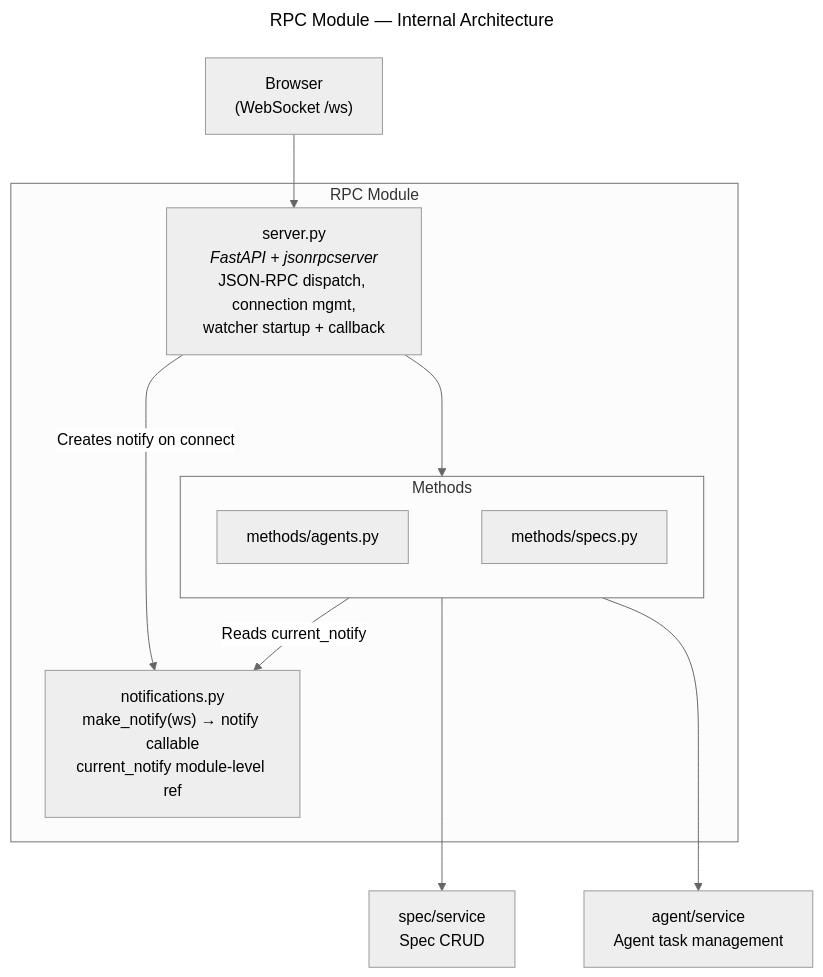
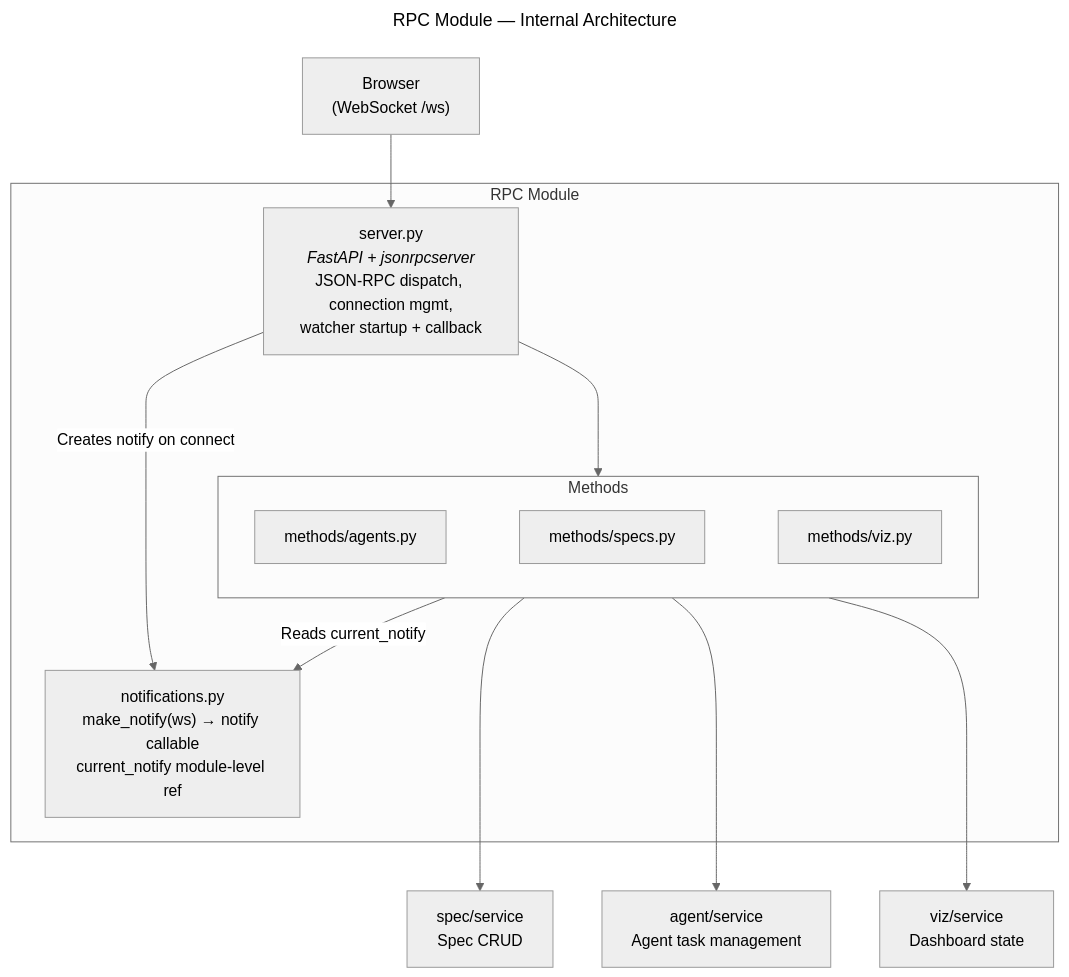
One commit to JetBrains/thinkrail changed the first of 3 diagrams in backend/app/rpc/README.md. Above: the diagram before and after it, drawn with Mermaid (neutral theme). The commit also changed other lines of this file and 4 other files, not shown here.

````diff
--- a/backend/app/rpc/README.md
+++ b/backend/app/rpc/README.md
@@ -130,28 +138,31 @@
 ```mermaid
 ---
 title: RPC Module — Internal Architecture
 ---
 graph TD
     Browser["Browser<br/>(WebSocket /ws)"]
 
     Browser --> Server
 
     subgraph RPCModule["RPC Module"]
         Server["server.py<br/><i>FastAPI + jsonrpcserver</i><br/>JSON-RPC dispatch, connection mgmt,<br/>watcher startup + callback"]
         subgraph Methods["Methods"]
           direction LR
           Specs["methods/specs.py"]
           Agents["methods/agents.py"]
-          Agents ~~~ Specs
+          Viz["methods/viz.py"]
+          Agents ~~~ Specs ~~~ Viz
         end
         Server ---> Methods
         Server -- "Creates notify on connect" --> Notify["notifications.py<br/>make_notify(ws) → notify callable<br/>current_notify module-level ref"]
         Agents -- "Reads current_notify" --> Notify
     end
 
     SpecSvc["spec/service<br/>Spec CRUD"]
     AgentSvc["agent/service<br/>Agent task management"]
+    VizSvc["viz/service<br/>Dashboard state"]
 
     Specs ---> SpecSvc
     Agents ---> AgentSvc
+    Viz ---> VizSvc
 ```
````
